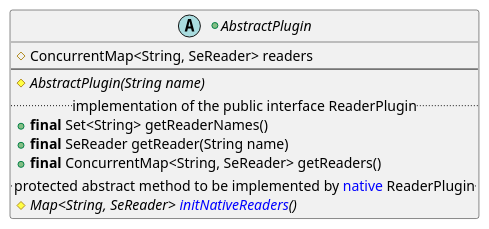
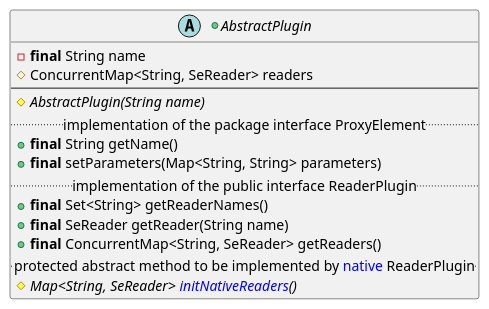
The eighth of 17 diagrams in src/KeypleCoreApi/Plugin/puml/KeypleCore-PluginApi-ClassDiag-SE_Proxy-ClassElements.iuml (calypsonet/keyple), drawn with PlantUML before and after one commit. The commit also changed other lines of this file and 20 other files, not shown here.

```diff
--- a/src/KeypleCoreApi/Plugin/puml/KeypleCore-PluginApi-ClassDiag-SE_Proxy-ClassElements.iuml
+++ b/src/KeypleCoreApi/Plugin/puml/KeypleCore-PluginApi-ClassDiag-SE_Proxy-ClassElements.iuml
@@ -78,15 +78,20 @@
 @startuml(id=PLUGIN_PLUGIN_0_9)
 +abstract AbstractPlugin {
+  -<b>final</b> String name
   #ConcurrentMap<String, SeReader> readers
   --
   #{abstract} AbstractPlugin(String name)
+'
+  .. implementation of the package interface ProxyElement ..
+  +<b>final</b> String getName()
+  +<b>final</b> setParameters(Map<String, String> parameters)
 '
   .. implementation of the public interface ReaderPlugin ..
   +<b>final</b> Set<String> getReaderNames()
   +<b>final</b> SeReader getReader(String name)
   +<b>final</b> ConcurrentMap<String, SeReader> getReaders()
 '
   .. protected abstract method to be implemented by <color:blue>native</color> ReaderPlugin ..
   #{abstract} Map<String, SeReader> <color:blue>initNativeReaders</color>()
 }
 @enduml
```
